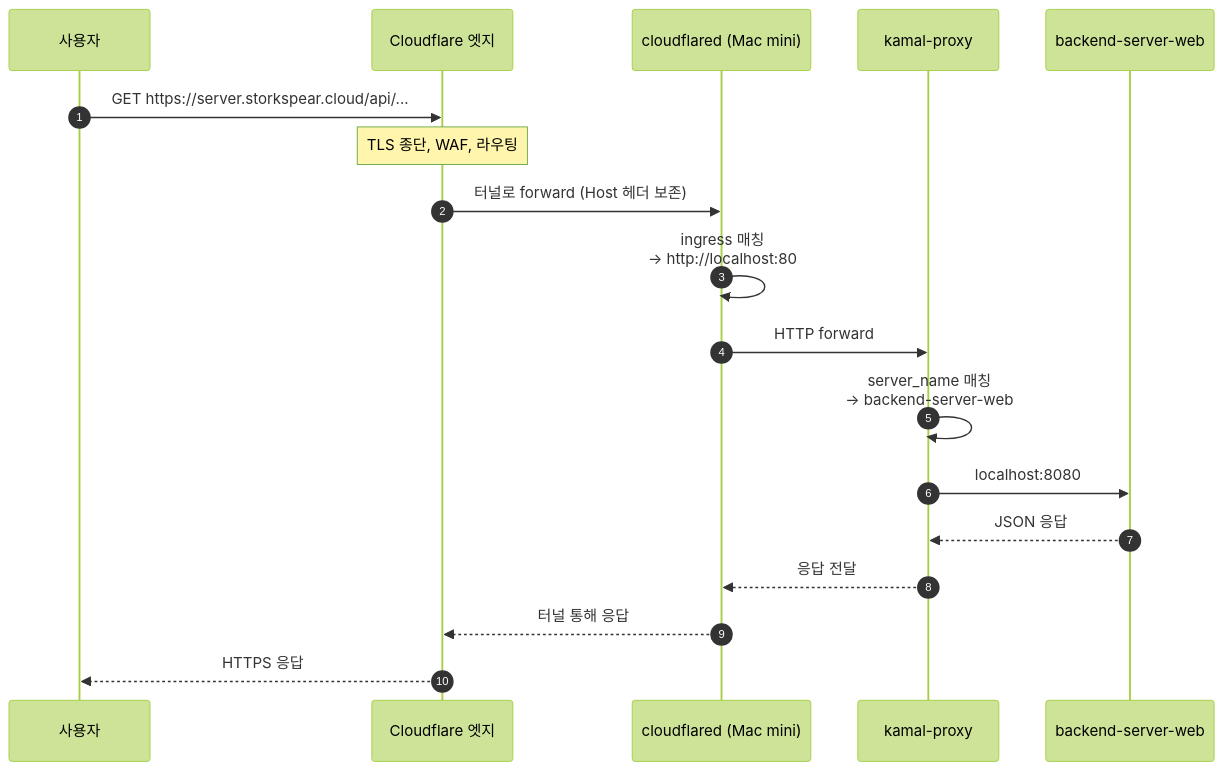
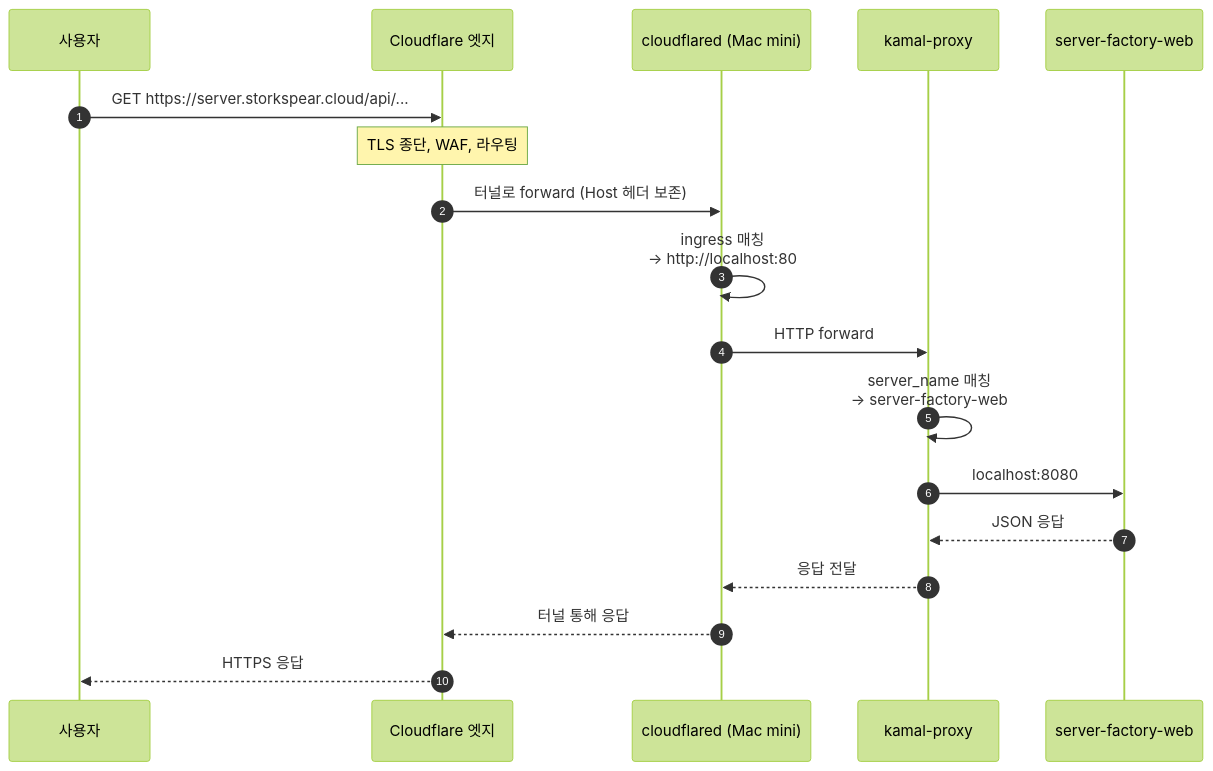
Before and after one commit to storkspear/docs-infra-homeserver: the first of 6 diagrams in docs/request-flow.md, drawn with Mermaid (forest theme). The commit also changed other lines of this file and 6 other files, not shown here.

````diff
--- a/docs/request-flow.md
+++ b/docs/request-flow.md
@@ -7,21 +7,21 @@
 ```mermaid
 sequenceDiagram
   autonumber
   participant U as 사용자
   participant CF as Cloudflare 엣지
   participant CT as cloudflared (Mac mini)
   participant KP as kamal-proxy
-  participant API as backend-server-web
+  participant API as server-factory-web
 
   U->>CF: GET https://server.storkspear.cloud/api/...
   Note over CF: TLS 종단, WAF, 라우팅
   CF->>CT: 터널로 forward (Host 헤더 보존)
   CT->>CT: ingress 매칭<br/>→ http://localhost:80
   CT->>KP: HTTP forward
-  KP->>KP: server_name 매칭<br/>→ backend-server-web
+  KP->>KP: server_name 매칭<br/>→ server-factory-web
   KP->>API: localhost:8080
   API-->>KP: JSON 응답
   KP-->>CT: 응답 전달
   CT-->>CF: 터널 통해 응답
   CF-->>U: HTTPS 응답
 ```
````
